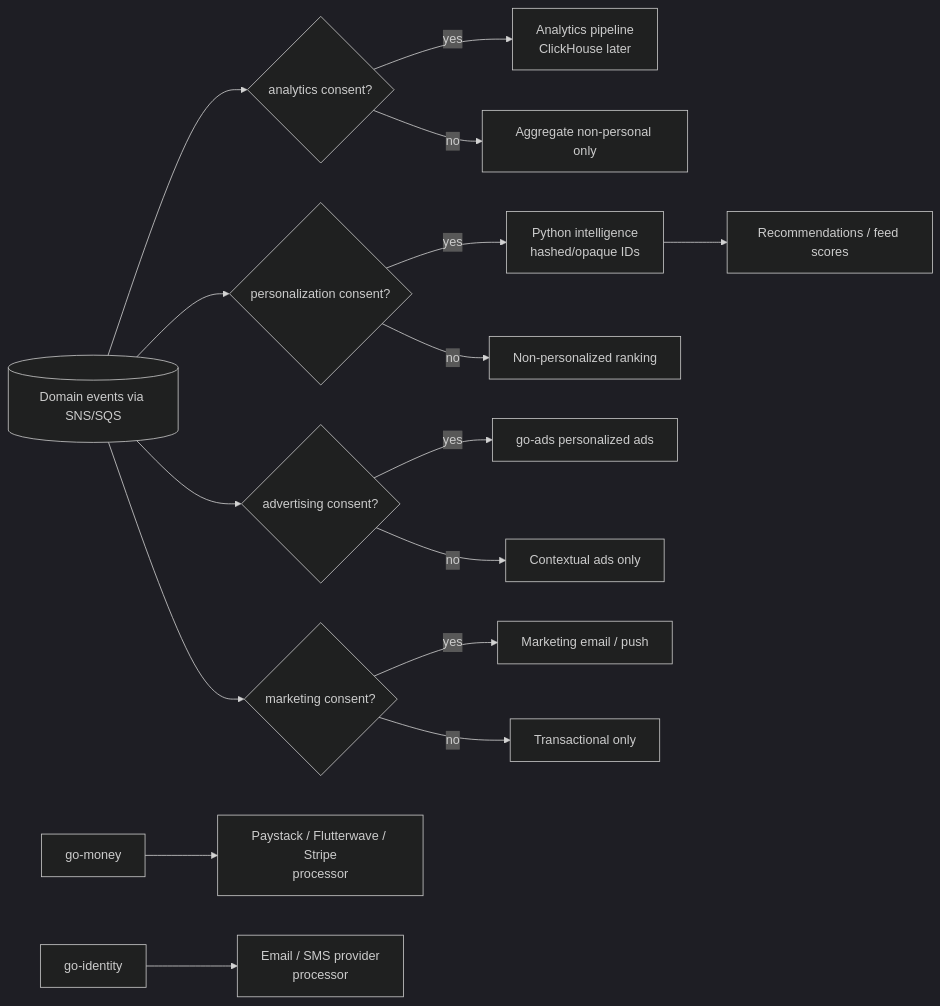
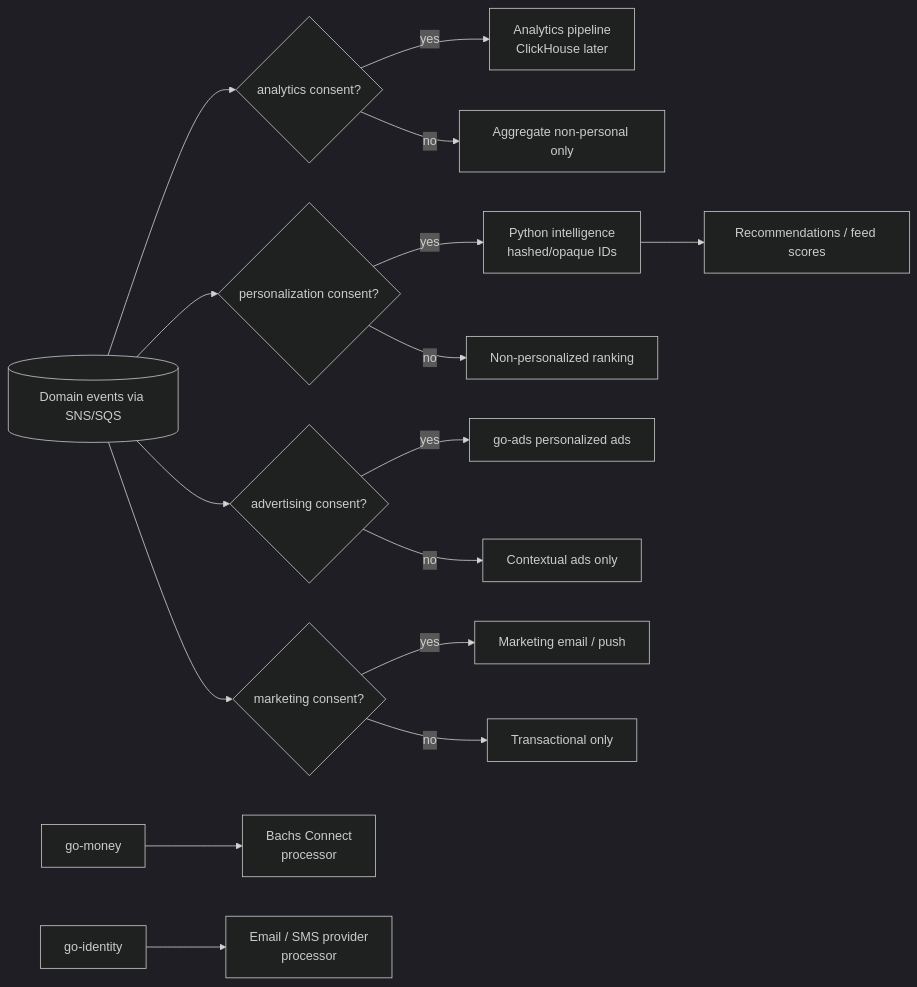
Before and after one commit to telente-technologies/nantty: the second of 3 diagrams in docs/architecture/privacy.md, drawn with Mermaid (dark theme). The commit also changed 5 other files, not shown here.

Commit message:
docs(docs): update architecture docs

````diff
--- a/docs/architecture/privacy.md
+++ b/docs/architecture/privacy.md
@@ -59,18 +59,18 @@
 ```mermaid
 flowchart LR
   EV[(Domain events via SNS/SQS)] --> C1{analytics consent?}
   C1 -- yes --> AN[Analytics pipeline\nClickHouse later]
   C1 -- no --> AGG[Aggregate non-personal only]
   EV --> C2{personalization consent?}
   C2 -- yes --> PY[Python intelligence\nhashed/opaque IDs]
   C2 -- no --> GEN[Non-personalized ranking]
   PY --> RK[Recommendations / feed scores]
   EV --> C3{advertising consent?}
   C3 -- yes --> ADS[go-ads personalized ads]
   C3 -- no --> CTX[Contextual ads only]
   EV --> C4{marketing consent?}
   C4 -- yes --> NF[Marketing email / push]
   C4 -- no --> TX[Transactional only]
-  PAY2[go-money] --> PSP[Paystack / Flutterwave / Stripe\nprocessor]
+  PAY2[go-money] --> PSP[Bachs Connect\nprocessor]
   ID2[go-identity] --> EML[Email / SMS provider\nprocessor]
 ```
````
